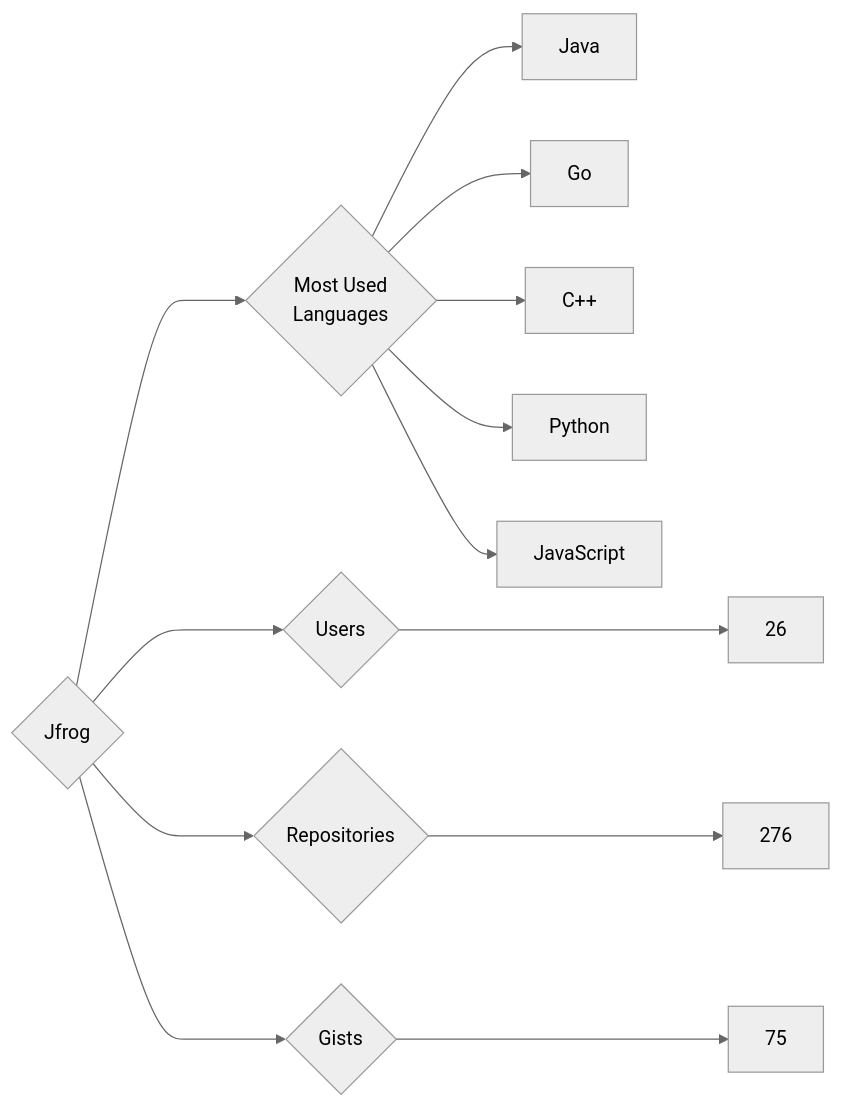
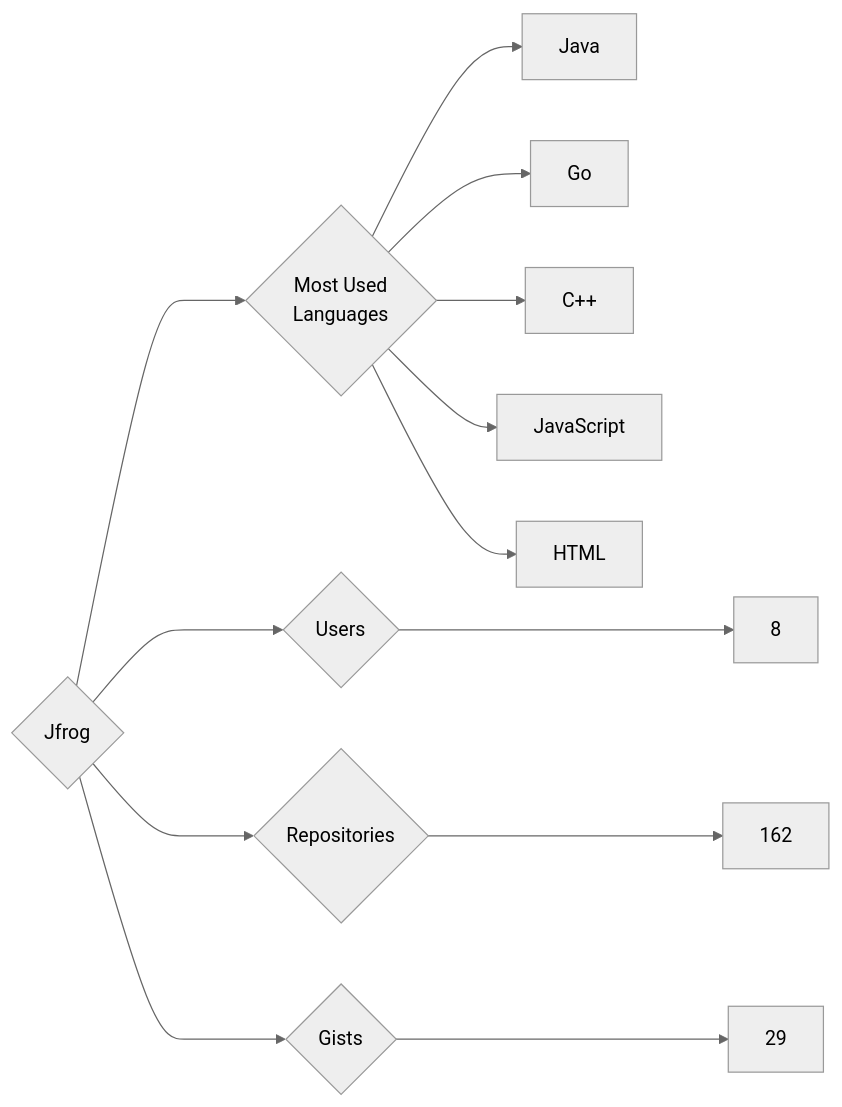
Before and after one commit to trickest/insiders: the diagram in targets/Jfrog/README.md, drawn with Mermaid (neutral theme). The commit also changed 699 other files, not shown here.

````diff
--- a/targets/Jfrog/README.md
+++ b/targets/Jfrog/README.md
@@ -3,13 +3,13 @@
 ```mermaid
 graph LR
 COMPANY_NAME{Jfrog}
-COMPANY_NAME ---> U{Users} ---> UN[26]
-COMPANY_NAME ---> R{Repositories} ---> RN[276]
-COMPANY_NAME ---> G{Gists} ---> GN[75]
+COMPANY_NAME ---> U{Users} ---> UN[8]
+COMPANY_NAME ---> R{Repositories} ---> RN[162]
+COMPANY_NAME ---> G{Gists} ---> GN[29]
 COMPANY_NAME ---> ML{Most Used<br>Languages}
 ML --> Java[Java]
 ML --> Go[Go]
 ML --> C++[C++]
-ML --> Python[Python]
 ML --> JavaScript[JavaScript]
+ML --> HTML[HTML]
 ```
````
